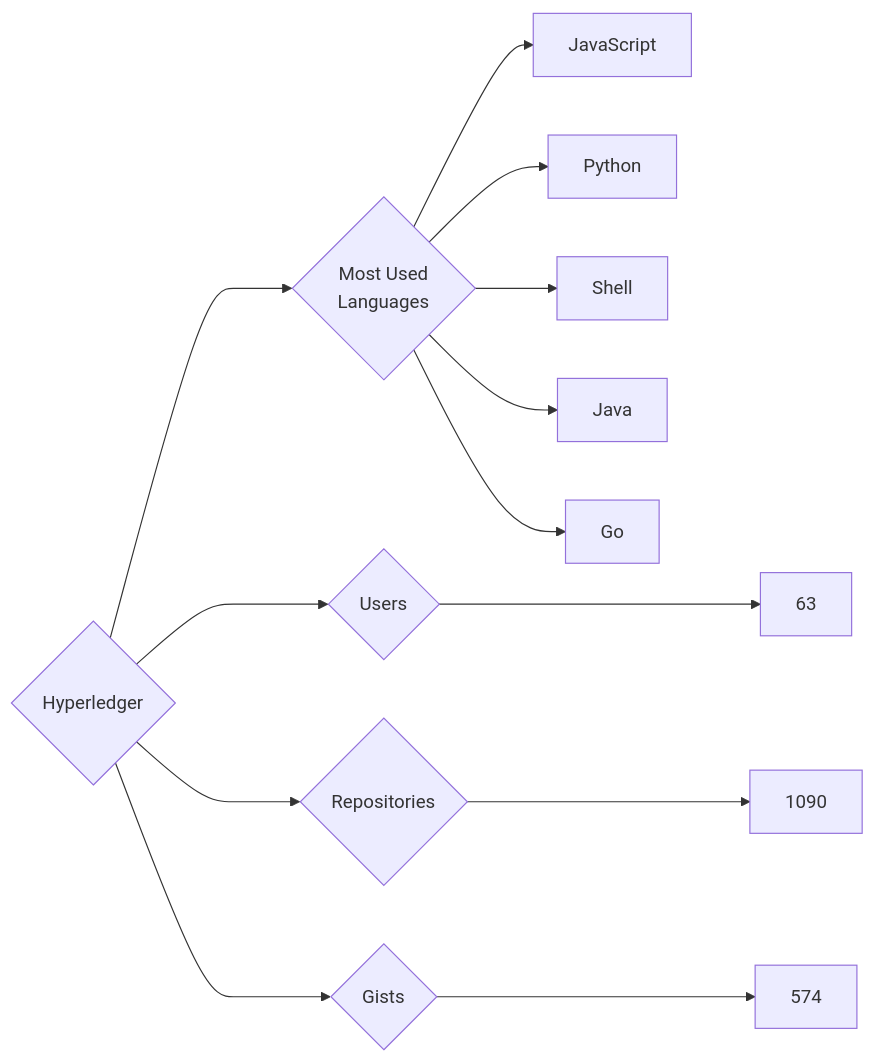
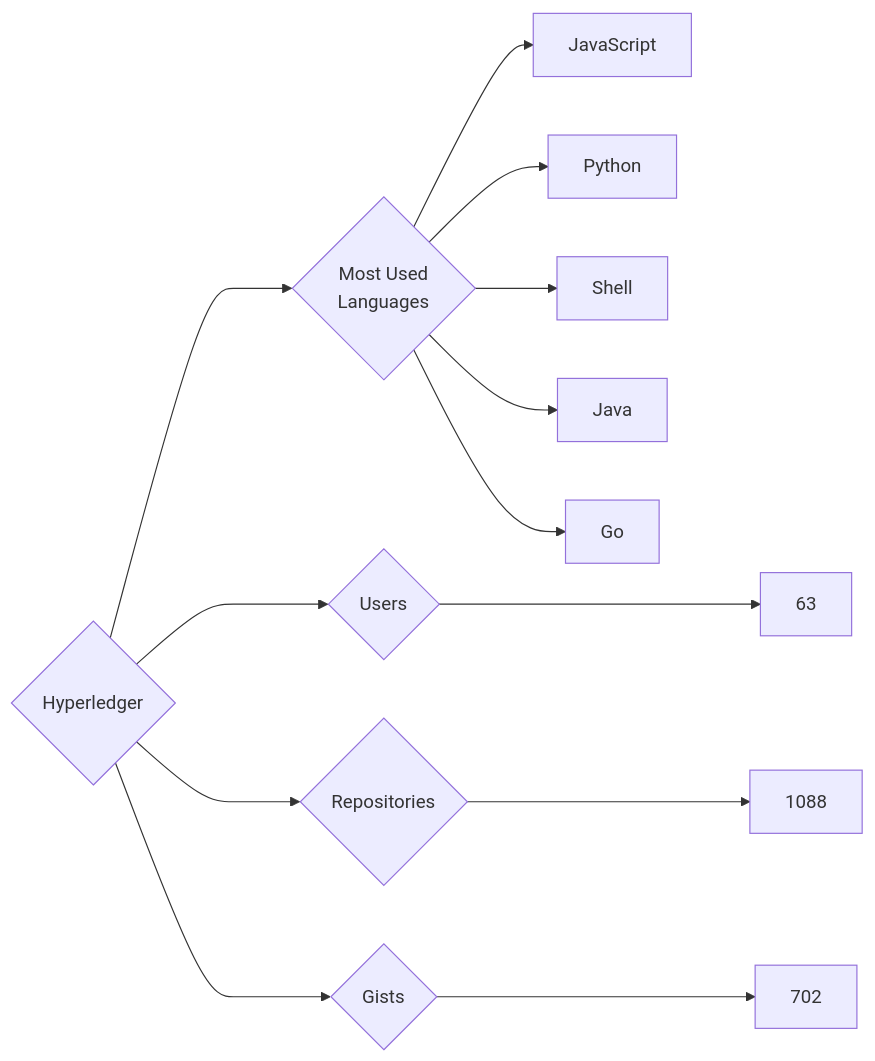
One commit to trickest/insiders changed the diagram in targets/Hyperledger/README.md. Above: the diagram before and after it, drawn with Mermaid. The commit also changed 718 other files, not shown here.

````diff
--- a/targets/Hyperledger/README.md
+++ b/targets/Hyperledger/README.md
@@ -3,13 +3,13 @@
 ```mermaid
 graph LR
 COMPANY_NAME{Hyperledger}
 COMPANY_NAME ---> U{Users} ---> UN[63]
-COMPANY_NAME ---> R{Repositories} ---> RN[1090]
-COMPANY_NAME ---> G{Gists} ---> GN[574]
+COMPANY_NAME ---> R{Repositories} ---> RN[1088]
+COMPANY_NAME ---> G{Gists} ---> GN[702]
 COMPANY_NAME ---> ML{Most Used<br>Languages}
 ML --> JavaScript[JavaScript]
 ML --> Python[Python]
 ML --> Shell[Shell]
 ML --> Java[Java]
 ML --> Go[Go]
 ```
````
